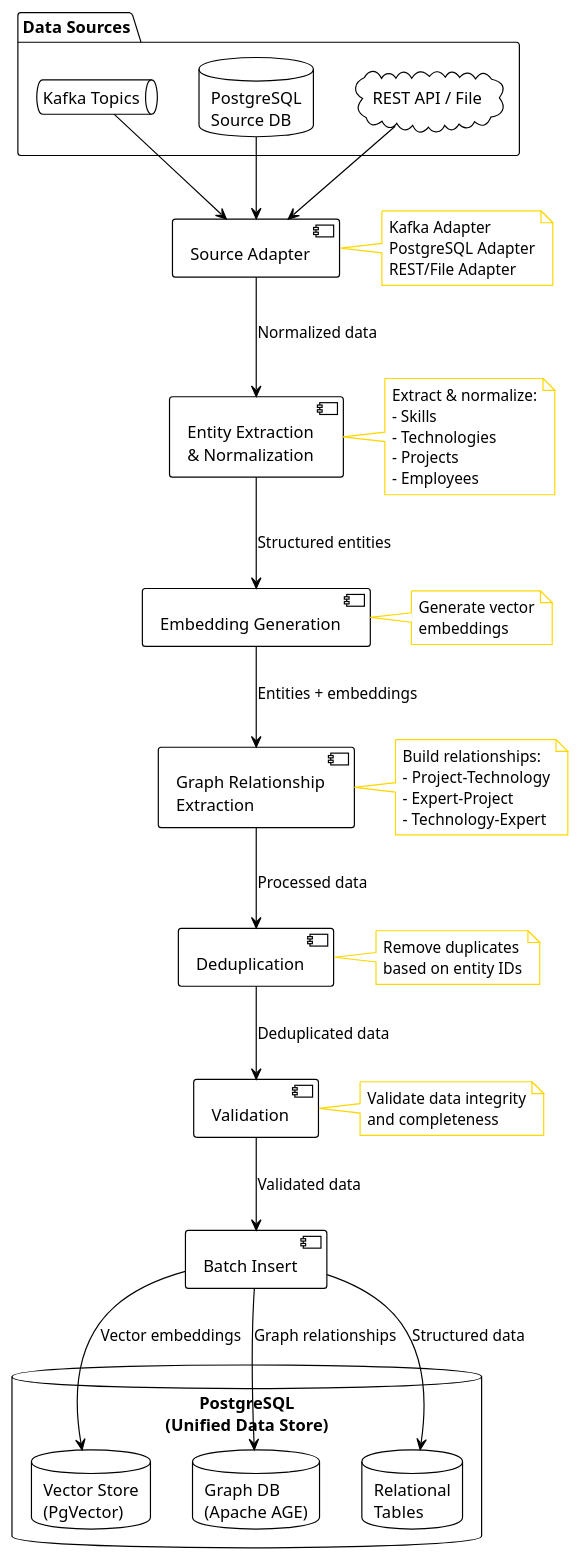
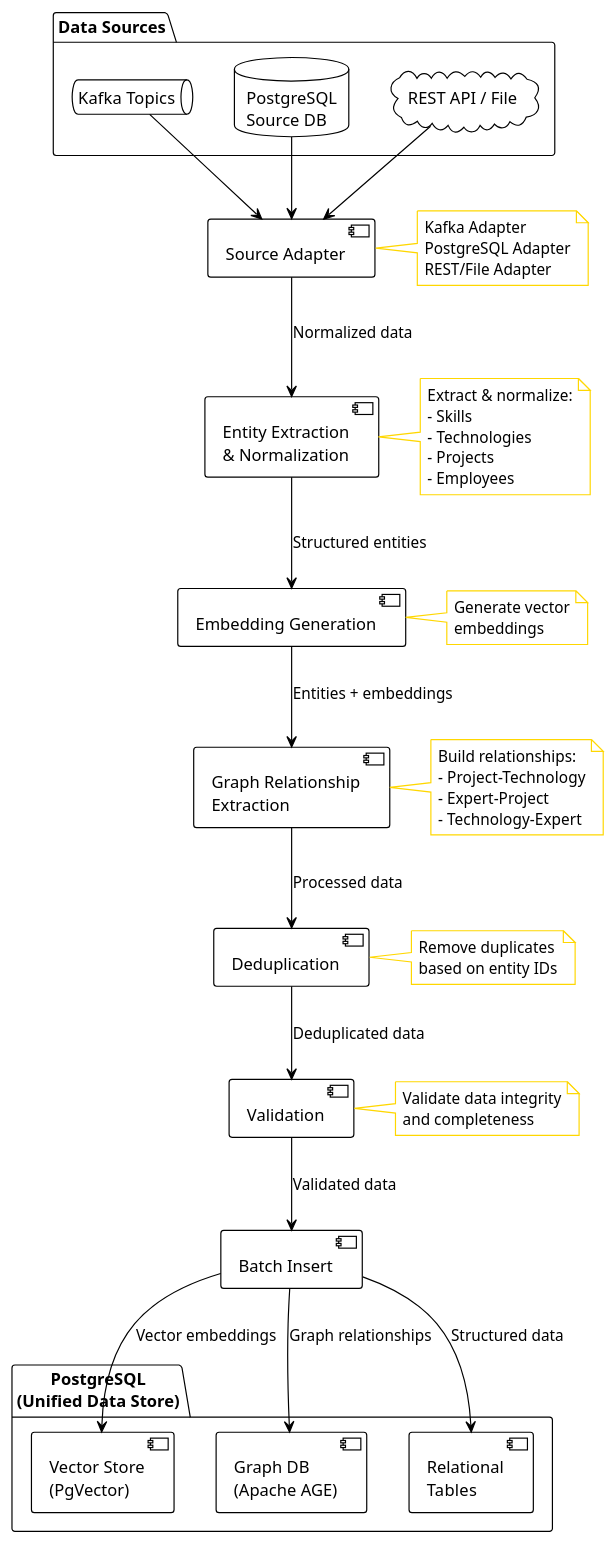
The sixth of 13 diagrams in docs/ExpertMatch.md (berdachuk/expert-match-ce), drawn with PlantUML before and after one commit. The commit also changed other lines of this file and 11 other files, not shown here.

````diff
--- a/docs/ExpertMatch.md
+++ b/docs/ExpertMatch.md
@@ -989,53 +989,53 @@
 ```plantuml
 @startuml
 !theme plain
 skinparam backgroundColor #FFFFFF
 skinparam note {
   BackgroundColor #FFFFFF
   BorderColor #FFD700
 }
 
 
 package "Data Sources" {
   queue "Kafka Topics" as KafkaSource
   database "PostgreSQL\nSource DB" as PGSource
   cloud "REST API / File" as RESTSource
 }
 
 component "Source Adapter" as SourceAdapter
 note right of SourceAdapter: Kafka Adapter\nPostgreSQL Adapter\nREST/File Adapter
 
 component "Entity Extraction\n& Normalization" as EntityNormalizer
 component "Embedding Generation" as EmbeddingGen
 component "Graph Relationship\nExtraction" as GraphExtractor
 component "Deduplication" as Deduplication
 component "Validation" as Validation
 component "Batch Insert" as BatchInsert
 
-database "PostgreSQL\n(Unified Data Store)" {
-  database "Vector Store\n(PgVector)" as VectorStore
-  database "Graph DB\n(Apache AGE)" as GraphDB
-  database "Relational\nTables" as RelationalDB
+package "PostgreSQL\n(Unified Data Store)" {
+  component "Vector Store\n(PgVector)" as VectorStore
+  component "Graph DB\n(Apache AGE)" as GraphDB
+  component "Relational\nTables" as RelationalDB
 }
 
 KafkaSource --> SourceAdapter
 PGSource --> SourceAdapter
 RESTSource --> SourceAdapter
 
 SourceAdapter --> EntityNormalizer: Normalized data
 note right of EntityNormalizer: Extract & normalize:\n- Skills\n- Technologies\n- Projects\n- Employees
 EntityNormalizer --> EmbeddingGen: Structured entities
 note right of EmbeddingGen: Generate vector\nembeddings
 EmbeddingGen --> GraphExtractor: Entities + embeddings
 note right of GraphExtractor: Build relationships:\n- Project-Technology\n- Expert-Project\n- Technology-Expert
 GraphExtractor --> Deduplication: Processed data
 note right of Deduplication: Remove duplicates\nbased on entity IDs
 Deduplication --> Validation: Deduplicated data
 note right of Validation: Validate data integrity\nand completeness
 Validation --> BatchInsert: Validated data
 BatchInsert --> VectorStore: Vector embeddings
 BatchInsert --> GraphDB: Graph relationships
 BatchInsert --> RelationalDB: Structured data
 
 @enduml
 ```
````
